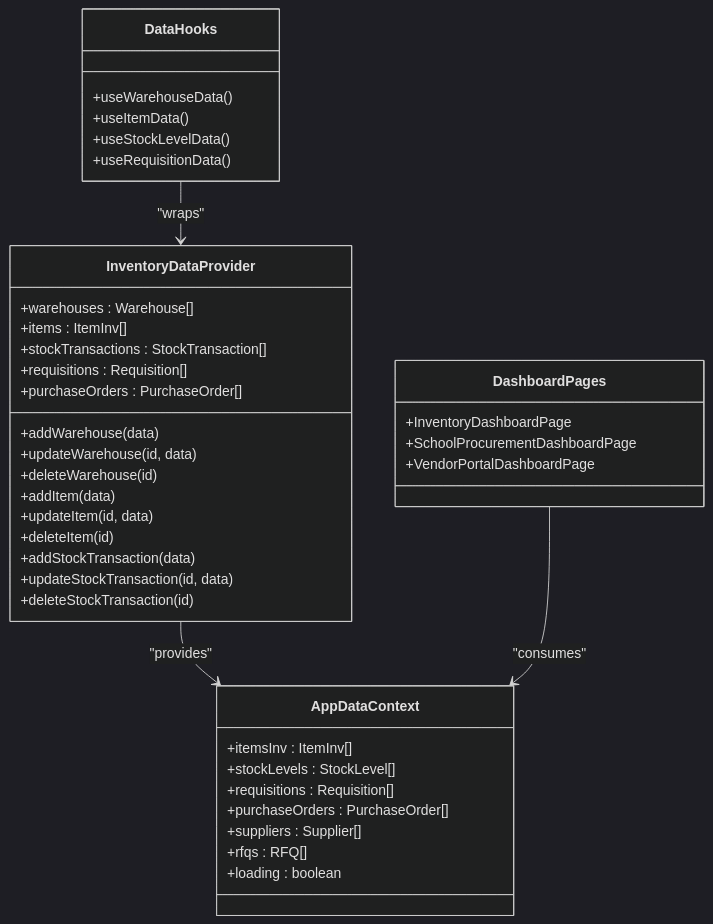
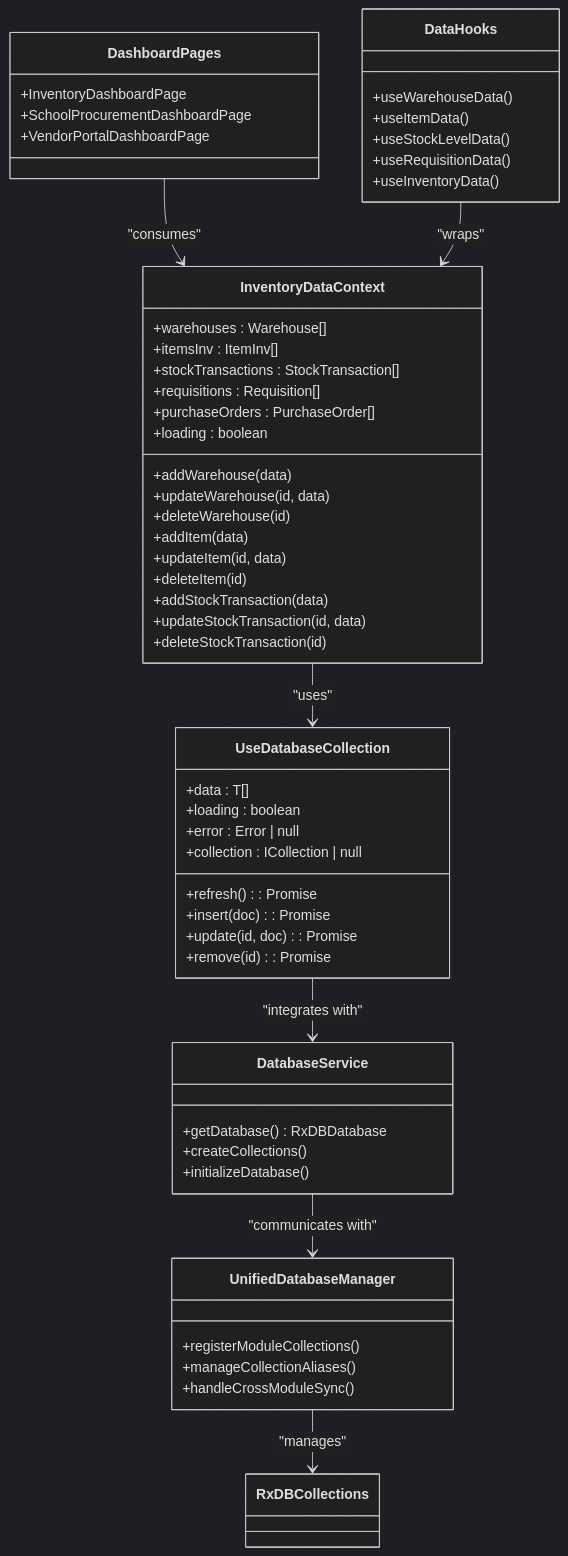
One commit to geniusdynamics/schoolpilot changed the second of 9 diagrams in .qoder/repowiki/en/content/Modules System/Inventory Module.md. Above: the diagram before and after it, drawn with Mermaid (dark theme). The commit also changed other lines of this file and 16 other files, not shown here.

````diff
--- a/.qoder/repowiki/en/content/Modules System/Inventory Module.md
+++ b/.qoder/repowiki/en/content/Modules System/Inventory Module.md
@@ -146,42 +198,58 @@
 ```mermaid
 classDiagram
-class InventoryDataProvider {
+class InventoryDataContext {
 +warehouses : Warehouse[]
-+items : ItemInv[]
++itemsInv : ItemInv[]
 +stockTransactions : StockTransaction[]
 +requisitions : Requisition[]
 +purchaseOrders : PurchaseOrder[]
++loading : boolean
 +addWarehouse(data)
 +updateWarehouse(id, data)
 +deleteWarehouse(id)
 +addItem(data)
 +updateItem(id, data)
 +deleteItem(id)
 +addStockTransaction(data)
 +updateStockTransaction(id, data)
 +deleteStockTransaction(id)
 }
-class AppDataContext {
-+itemsInv : ItemInv[]
-+stockLevels : StockLevel[]
-+requisitions : Requisition[]
-+purchaseOrders : PurchaseOrder[]
-+suppliers : Supplier[]
-+rfqs : RFQ[]
+class UseDatabaseCollection {
++data : T[]
 +loading : boolean
++error : Error | null
++refresh() : Promise<void>
++insert(doc) : Promise<T | null>
++update(id, doc) : Promise<T | null>
++remove(id) : Promise<boolean>
++collection : ICollection<T> | null
+}
+class DatabaseService {
++getDatabase() RxDBDatabase
++createCollections()
++initializeDatabase()
+}
+class UnifiedDatabaseManager {
++registerModuleCollections()
++manageCollectionAliases()
++handleCrossModuleSync()
 }
 class DashboardPages {
 +InventoryDashboardPage
 +SchoolProcurementDashboardPage
 +VendorPortalDashboardPage
 }
 class DataHooks {
 +useWarehouseData()
 +useItemData()
 +useStockLevelData()
 +useRequisitionData()
++useInventoryData()
 }
-InventoryDataProvider --> AppDataContext : "provides"
-DashboardPages --> AppDataContext : "consumes"
-DataHooks --> InventoryDataProvider : "wraps"
+InventoryDataContext --> UseDatabaseCollection : "uses"
+UseDatabaseCollection --> DatabaseService : "integrates with"
+DatabaseService --> UnifiedDatabaseManager : "communicates with"
+UnifiedDatabaseManager --> RxDBCollections : "manages"
+DashboardPages --> InventoryDataContext : "consumes"
+DataHooks --> InventoryDataContext : "wraps"
 ```
````
